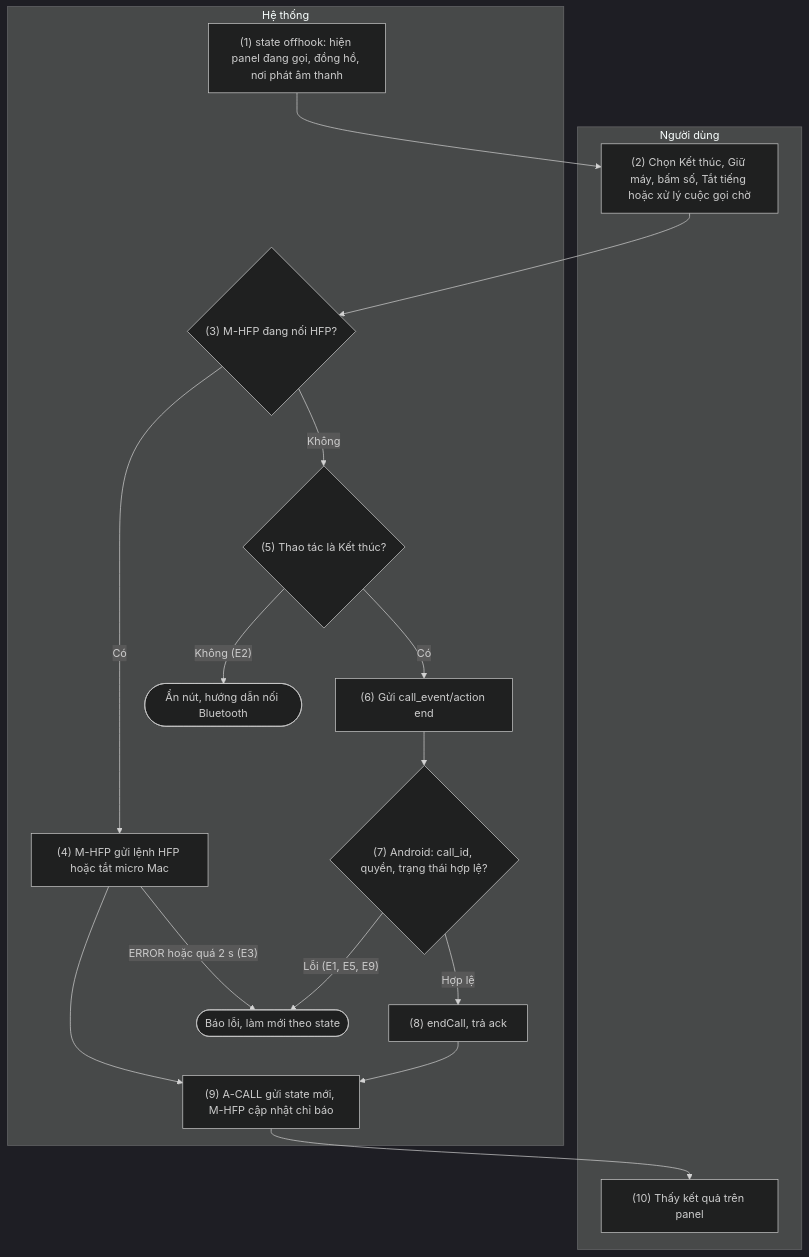
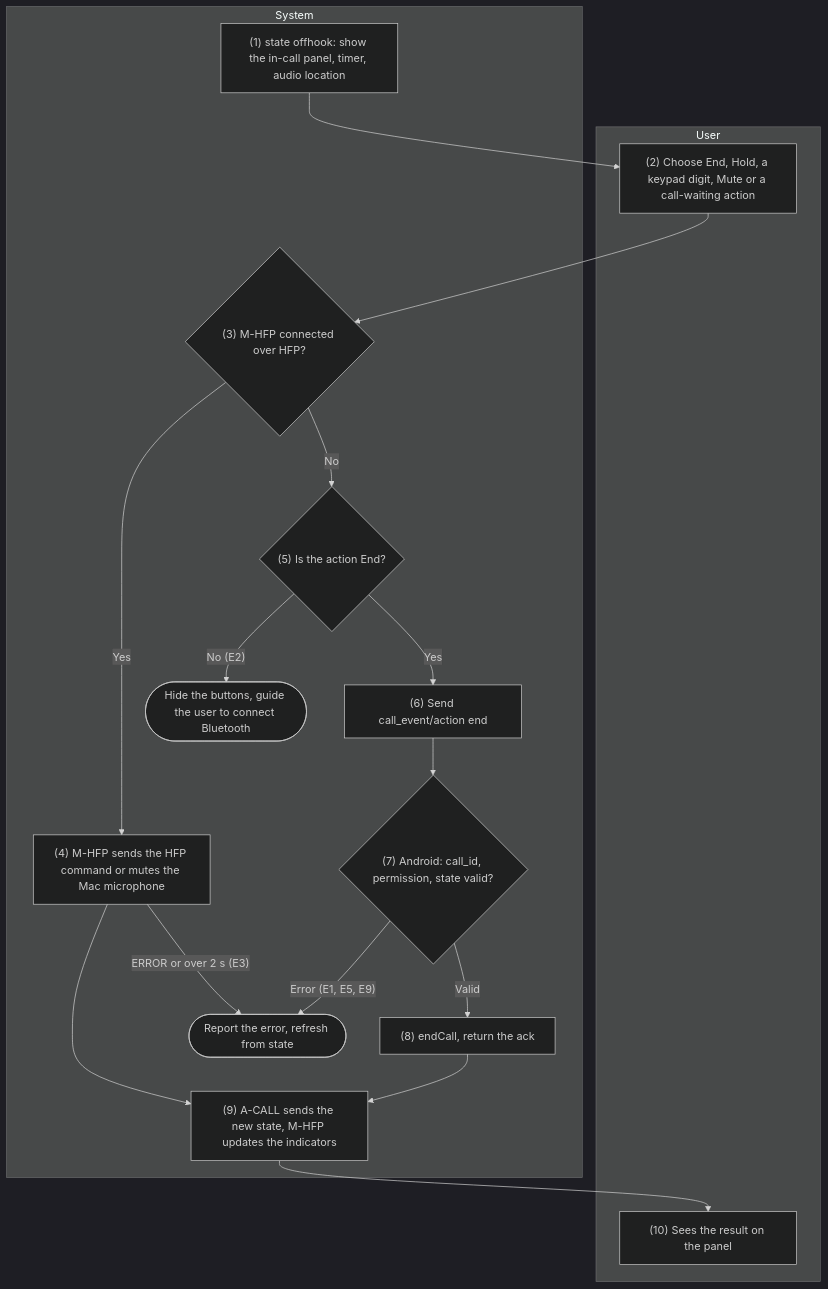
One commit to HandLive/handlive changed the third of 4 diagrams in docs/detailed-design/06-call-control.md. Above: the diagram before and after it, drawn with Mermaid (dark theme). The commit also changed other lines of this file and 1 other file, not shown here.

Commit message:
docs: translate docs/detailed-design/06-call-control.md into English

````diff
--- a/docs/detailed-design/06-call-control.md
+++ b/docs/detailed-design/06-call-control.md
@@ -777,28 +802,28 @@
 ```mermaid
 flowchart TB
-  subgraph ND["Người dùng"]
-    U2["(2) Chọn Kết thúc, Giữ máy, bấm số, Tắt tiếng hoặc xử lý cuộc gọi chờ"]
-    U10["(10) Thấy kết quả trên panel"]
+  subgraph ND["User"]
+    U2["(2) Choose End, Hold, a keypad digit, Mute or a call-waiting action"]
+    U10["(10) Sees the result on the panel"]
   end
-  subgraph HT["Hệ thống"]
-    S1["(1) state offhook: hiện panel đang gọi, đồng hồ, nơi phát âm thanh"]
-    D3{"(3) M-HFP đang nối HFP?"}
-    S4["(4) M-HFP gửi lệnh HFP hoặc tắt micro Mac"]
-    D5{"(5) Thao tác là Kết thúc?"}
-    S6["(6) Gửi call_event/action end"]
-    D7{"(7) Android: call_id, quyền, trạng thái hợp lệ?"}
-    S8["(8) endCall, trả ack"]
-    S9["(9) A-CALL gửi state mới, M-HFP cập nhật chỉ báo"]
-    X1(["Ẩn nút, hướng dẫn nối Bluetooth"])
-    X2(["Báo lỗi, làm mới theo state"])
+  subgraph HT["System"]
+    S1["(1) state offhook: show the in-call panel, timer, audio location"]
+    D3{"(3) M-HFP connected over HFP?"}
+    S4["(4) M-HFP sends the HFP command or mutes the Mac microphone"]
+    D5{"(5) Is the action End?"}
+    S6["(6) Send call_event/action end"]
+    D7{"(7) Android: call_id, permission, state valid?"}
+    S8["(8) endCall, return the ack"]
+    S9["(9) A-CALL sends the new state, M-HFP updates the indicators"]
+    X1(["Hide the buttons, guide the user to connect Bluetooth"])
+    X2(["Report the error, refresh from state"])
   end
   S1 --> U2 --> D3
-  D3 -- "Có" --> S4 --> S9
-  S4 -- "ERROR hoặc quá 2 s (E3)" --> X2
-  D3 -- "Không" --> D5
-  D5 -- "Có" --> S6 --> D7
-  D5 -- "Không (E2)" --> X1
-  D7 -- "Hợp lệ" --> S8 --> S9
-  D7 -- "Lỗi (E1, E5, E9)" --> X2
+  D3 -- "Yes" --> S4 --> S9
+  S4 -- "ERROR or over 2 s (E3)" --> X2
+  D3 -- "No" --> D5
+  D5 -- "Yes" --> S6 --> D7
+  D5 -- "No (E2)" --> X1
+  D7 -- "Valid" --> S8 --> S9
+  D7 -- "Error (E1, E5, E9)" --> X2
   S9 --> U10
 ```
````
